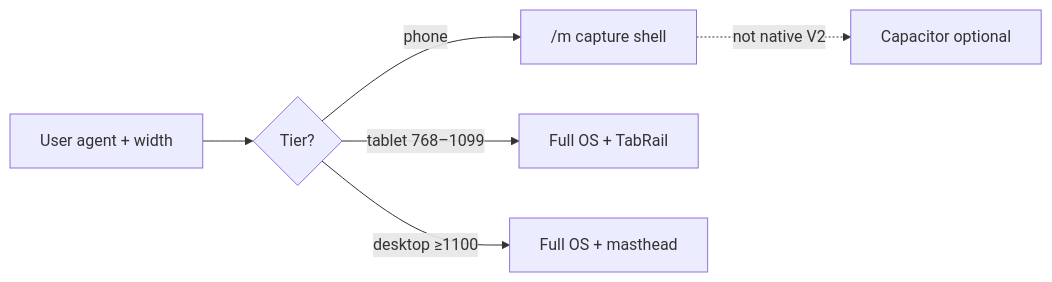
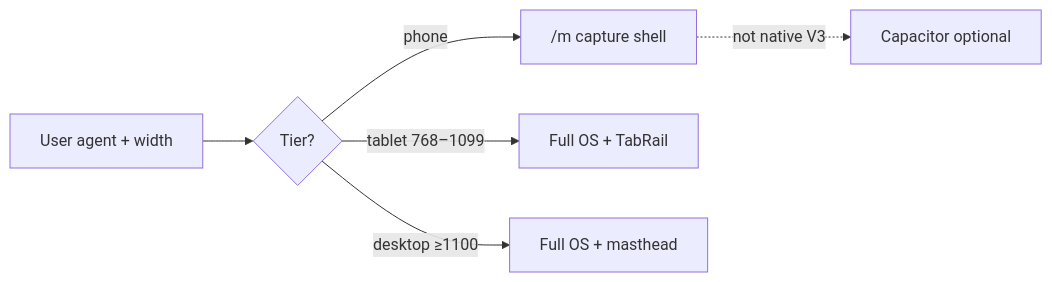
One commit to Addy48/AIIMIN changed the second of 3 diagrams in docs/knowledge/02_ARCHITECTURE/Monorepo.md. Above: the diagram before and after it, drawn with Mermaid. The commit also changed other lines of this file and 7178 other files, not shown here.

Commit message:
docs: update application architecture guide and route documentation

````diff
--- a/docs/knowledge/02_ARCHITECTURE/Monorepo.md
+++ b/docs/knowledge/02_ARCHITECTURE/Monorepo.md
@@ -63,8 +84,8 @@
 ```mermaid
 flowchart LR
   UA[User agent + width] --> T{Tier?}
   T -->|phone| M["/m capture shell"]
   T -->|tablet 768–1099| TAB["Full OS + TabRail"]
   T -->|desktop ≥1100| DESK["Full OS + masthead"]
-  M -.->|not native V2| CAP2[Capacitor optional]
+  M -.->|not native V3| CAP2[Capacitor optional]
 ```
````
